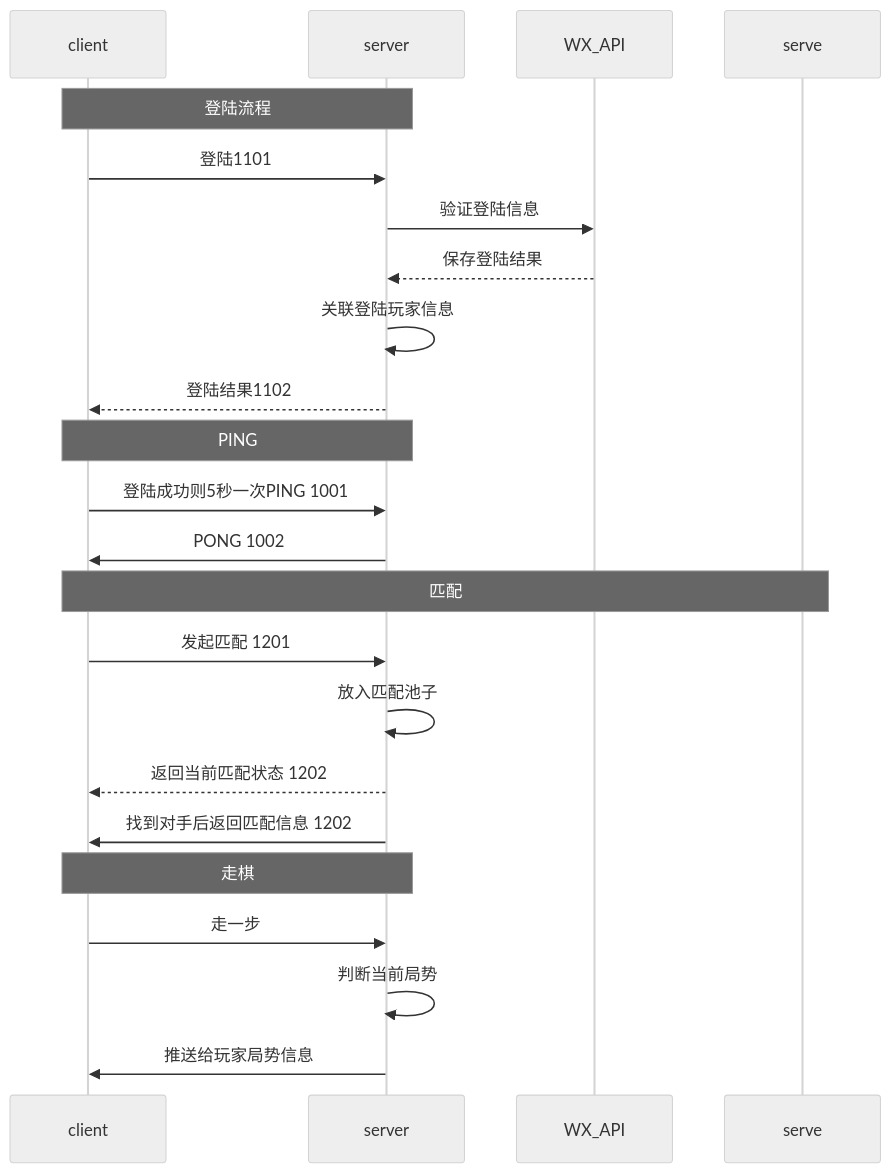
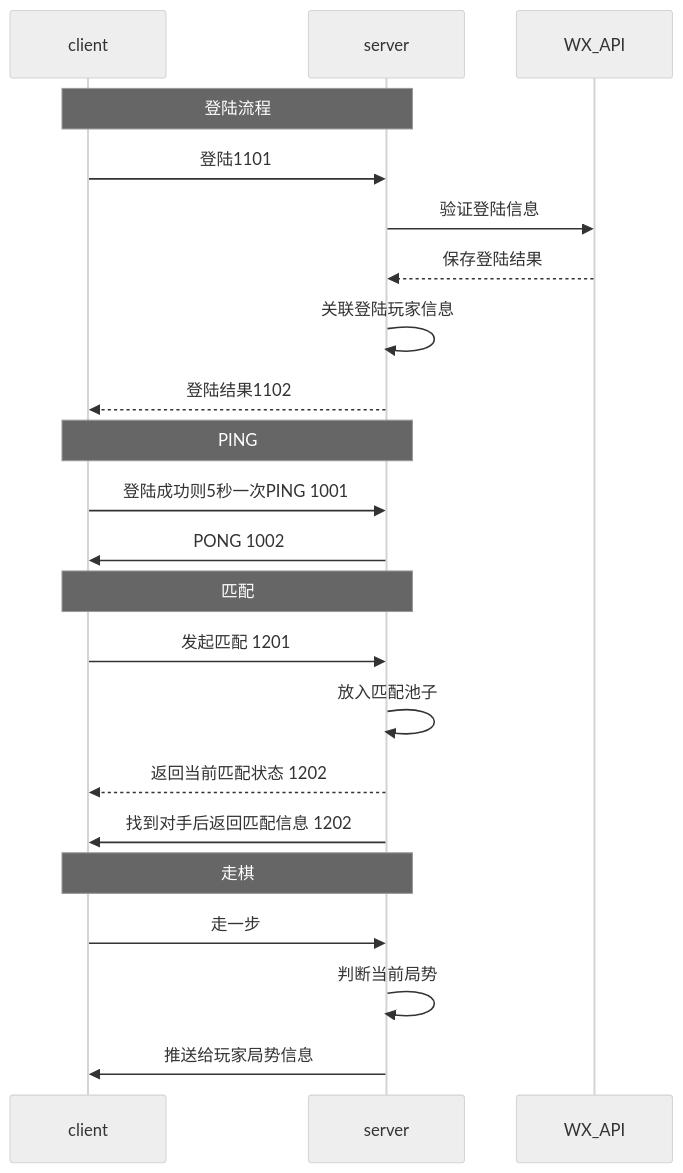
Before and after one commit to Tiaoyu/TServerGo: the diagram in README.md, drawn with Mermaid (neutral theme). The commit also changed other lines of this file, not shown here.

````diff
--- a/README.md
+++ b/README.md
@@ -150,23 +144,23 @@
 ```mermaid
 sequenceDiagram
 note over client,server : 登陆流程
 client ->> server : 登陆1101
 server ->> WX_API : 验证登陆信息
 WX_API -->> server : 保存登陆结果
 server ->> server : 关联登陆玩家信息
 server -->> client : 登陆结果1102
 note over client,server : PING
 client ->> server : 登陆成功则5秒一次PING 1001
 server ->> client : PONG 1002
 
-note over client,serve : 匹配
+note over client,server : 匹配
 client ->> server : 发起匹配 1201
 server ->> server : 放入匹配池子
 server -->> client : 返回当前匹配状态 1202
 server ->> client : 找到对手后返回匹配信息 1202
 
 note over client,server : 走棋
 client ->> server : 走一步
 server ->> server : 判断当前局势
 server ->> client : 推送给玩家局势信息
 ```
````
